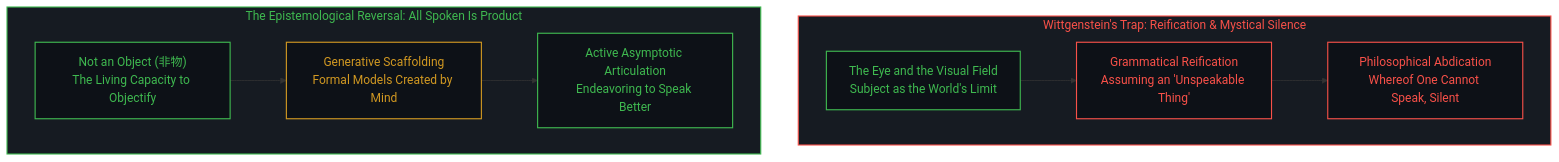
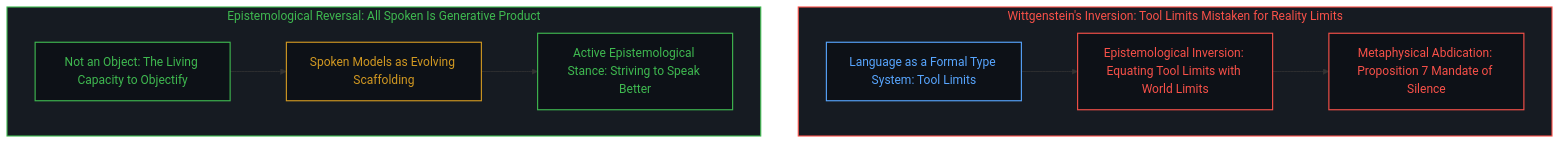
Before and after one commit to powerpig99/not-a-toe: the eighth of 10 diagrams in content/posts/all-that-can-be-spoken-is-the-product-of-the-unspeakable.md, drawn with Mermaid. The commit also changed other lines of this file and 8 other files, not shown here.

Commit message:
Complete Post #333 bilingual text, correct Wittgenstein type-system critique, and codify strict language separation rule

````diff
--- a/content/posts/all-that-can-be-spoken-is-the-product-of-the-unspeakable.md
+++ b/content/posts/all-that-can-be-spoken-is-the-product-of-the-unspeakable.md
@@ -225,25 +255,25 @@
 ```mermaid
 graph TD
     classDef default fill:#0d1117,stroke:#30363d,stroke-width:1px,color:#f0f6fc;
     classDef mind fill:#0d1117,stroke:#3fb950,stroke-width:1.5px,color:#3fb950;
     classDef failure fill:#0d1117,stroke:#f85149,stroke-width:1.5px,color:#f85149;
     classDef scaffold fill:#0d1117,stroke:#d29922,stroke-width:1.5px,color:#d29922;
     classDef model fill:#0d1117,stroke:#58a6ff,stroke-width:1.5px,color:#58a6ff;
 
-    subgraph S_Wittgenstein_EN ["Wittgenstein's Trap: Reification & Mystical Silence"]
-        WE1["The Eye and the Visual Field<br/>Subject as the World's Limit"]:::mind
-        WE2["Grammatical Reification<br/>Assuming an 'Unspeakable Thing'"]:::failure
-        WE3["Philosophical Abdication<br/>Whereof One Cannot Speak, Silent"]:::failure
+    subgraph S_Wittgenstein_EN ["Wittgenstein's Inversion: Tool Limits Mistaken for Reality Limits"]
+        WE1["Language as a Formal Type System: Tool Limits"]:::model
+        WE2["Epistemological Inversion: Equating Tool Limits with World Limits"]:::failure
+        WE3["Metaphysical Abdication: Proposition 7 Mandate of Silence"]:::failure
         WE1 --> WE2 --> WE3
     end
 
-    subgraph S_Reconstruction_EN ["The Epistemological Reversal: All Spoken Is Product"]
-        RE1["Not an Object (非物)<br/>The Living Capacity to Objectify"]:::mind
-        RE2["Generative Scaffolding<br/>Formal Models Created by Mind"]:::scaffold
-        RE3["Active Asymptotic Articulation<br/>Endeavoring to Speak Better"]:::mind
+    subgraph S_Reconstruction_EN ["Epistemological Reversal: All Spoken Is Generative Product"]
+        RE1["Not an Object: The Living Capacity to Objectify"]:::mind
+        RE2["Spoken Models as Evolving Scaffolding"]:::scaffold
+        RE3["Active Epistemological Stance: Striving to Speak Better"]:::mind
         RE1 --> RE2 --> RE3
     end
 
     style S_Wittgenstein_EN fill:#161b22,stroke:#f85149,stroke-width:1.5px,color:#f85149
     style S_Reconstruction_EN fill:#161b22,stroke:#3fb950,stroke-width:1.5px,color:#3fb950
 ```
````
